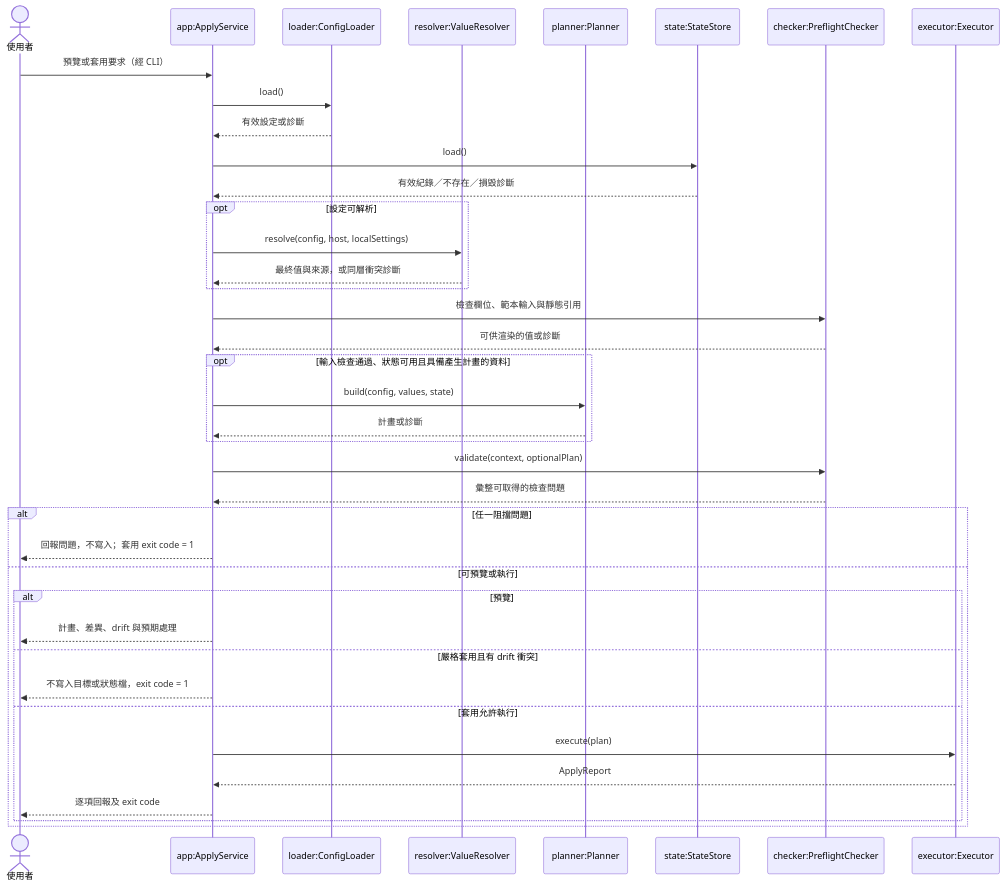
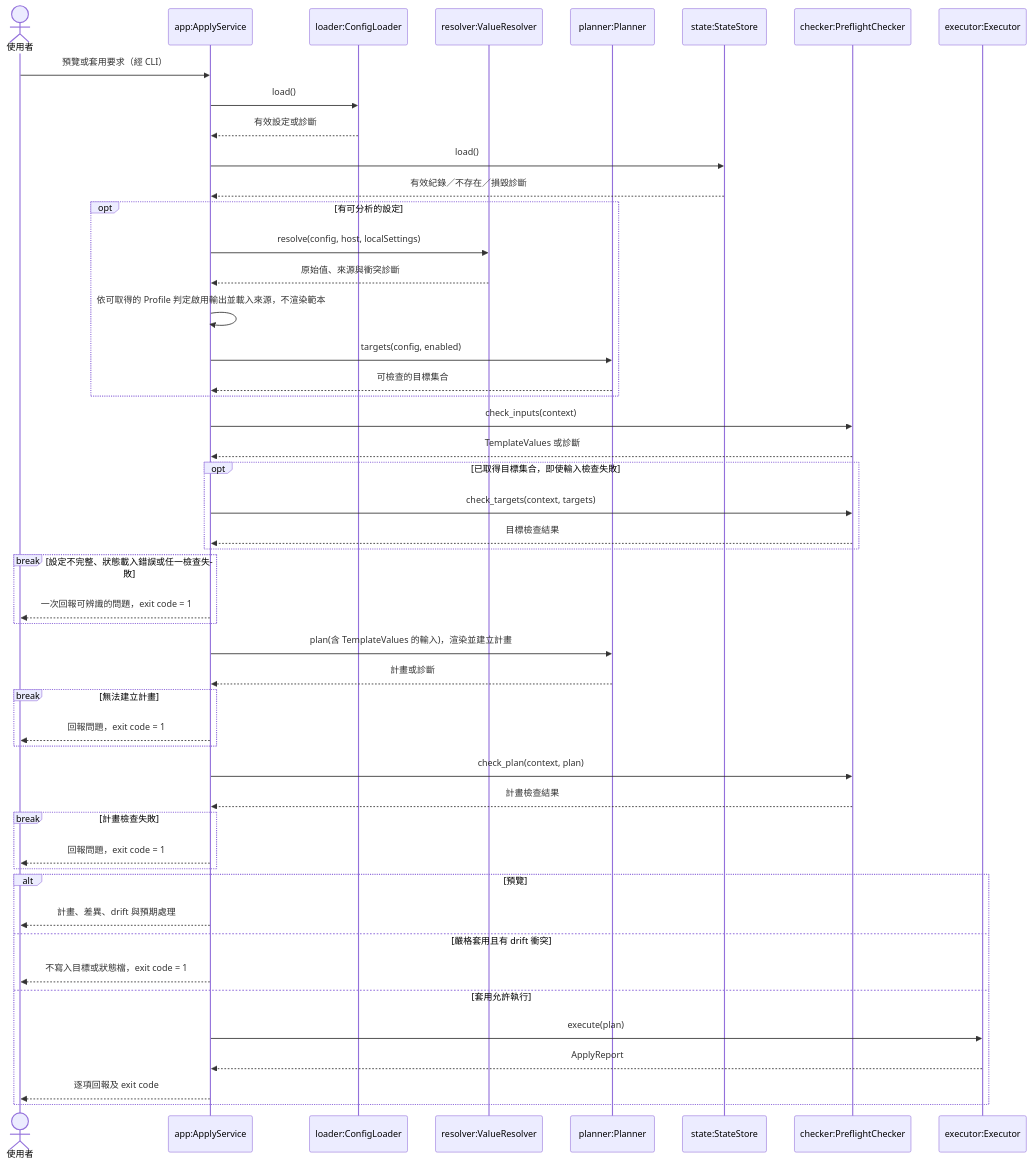
The fifth of 10 diagrams in docs/03-preliminary-design/uml.md (accidental-two-timer-sam-woof/rosamta-waterfall), drawn with Mermaid before and after one commit. The commit also changed other lines of this file, not shown here.

Commit message:
docs(design): clarify preflight and missing targets
Keep unvalidated values out of rendering and distinguish a confirmed missing path from an unverified location during cleanup.

````diff
--- a/docs/03-preliminary-design/uml.md
+++ b/docs/03-preliminary-design/uml.md
@@ -410,41 +418,51 @@
 ```mermaid
 sequenceDiagram
     actor U as 使用者
     participant A as app:ApplyService
     participant C as loader:ConfigLoader
     participant V as resolver:ValueResolver
     participant P as planner:Planner
     participant S as state:StateStore
     participant K as checker:PreflightChecker
     participant E as executor:Executor
     U->>A: 預覽或套用要求（經 CLI）
     A->>C: load()
     C-->>A: 有效設定或診斷
     A->>S: load()
     S-->>A: 有效紀錄／不存在／損毀診斷
-    opt 設定可解析
+    opt 有可分析的設定
         A->>V: resolve(config, host, localSettings)
-        V-->>A: 最終值與來源，或同層衝突診斷
+        V-->>A: 原始值、來源與衝突診斷
+        A->>A: 依可取得的 Profile 判定啟用輸出並載入來源，不渲染範本
+        A->>P: targets(config, enabled)
+        P-->>A: 可檢查的目標集合
     end
-    A->>K: 檢查欄位、範本輸入與靜態引用
-    K-->>A: 可供渲染的值或診斷
-    opt 輸入檢查通過、狀態可用且具備產生計畫的資料
-        A->>P: build(config, values, state)
-        P-->>A: 計畫或診斷
+    A->>K: check_inputs(context)
+    K-->>A: TemplateValues 或診斷
+    opt 已取得目標集合，即使輸入檢查失敗
+        A->>K: check_targets(context, targets)
+        K-->>A: 目標檢查結果
     end
-    A->>K: validate(context, optionalPlan)
-    K-->>A: 彙整可取得的檢查問題
-    alt 任一阻擋問題
-        A-->>U: 回報問題，不寫入；套用 exit code = 1
-    else 可預覽或執行
-        alt 預覽
-            A-->>U: 計畫、差異、drift 與預期處理
-        else 嚴格套用且有 drift 衝突
-            A-->>U: 不寫入目標或狀態檔，exit code = 1
-        else 套用允許執行
-            A->>E: execute(plan)
-            E-->>A: ApplyReport
-            A-->>U: 逐項回報及 exit code
-        end
+    break 設定不完整、狀態載入錯誤或任一檢查失敗
+        A-->>U: 一次回報可辨識的問題，exit code = 1
+    end
+    A->>P: plan(含 TemplateValues 的輸入)，渲染並建立計畫
+    P-->>A: 計畫或診斷
+    break 無法建立計畫
+        A-->>U: 回報問題，exit code = 1
+    end
+    A->>K: check_plan(context, plan)
+    K-->>A: 計畫檢查結果
+    break 計畫檢查失敗
+        A-->>U: 回報問題，exit code = 1
+    end
+    alt 預覽
+        A-->>U: 計畫、差異、drift 與預期處理
+    else 嚴格套用且有 drift 衝突
+        A-->>U: 不寫入目標或狀態檔，exit code = 1
+    else 套用允許執行
+        A->>E: execute(plan)
+        E-->>A: ApplyReport
+        A-->>U: 逐項回報及 exit code
     end
 ```
````
